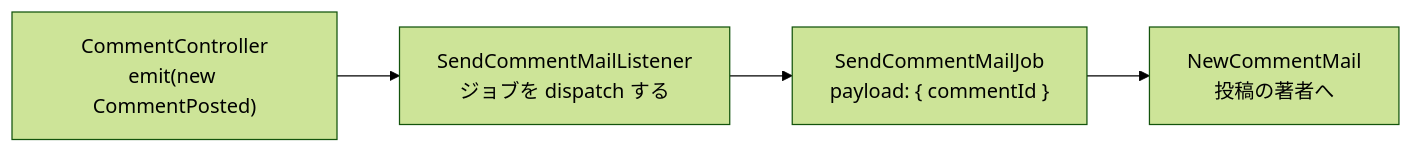
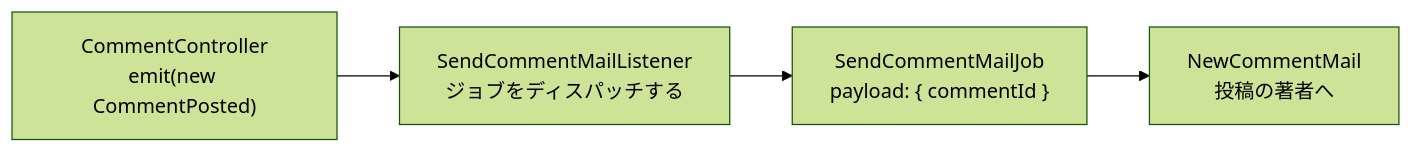
Before and after one commit to gurenjs/guren: the diagram in docs/ja/tutorials/11-events-and-mail.md, drawn with Mermaid (forest theme). The commit also changed other lines of this file and 80 other files, not shown here.

````diff
--- a/docs/ja/tutorials/11-events-and-mail.md
+++ b/docs/ja/tutorials/11-events-and-mail.md
@@ -16,8 +16,8 @@
 ```mermaid
 flowchart LR
   Controller["CommentController<br/>emit(new CommentPosted)"]
-  Listener["SendCommentMailListener<br/>ジョブを dispatch する"]
+  Listener["SendCommentMailListener<br/>ジョブをディスパッチする"]
   Job["SendCommentMailJob<br/>payload: { commentId }"]
   Mail["NewCommentMail<br/>投稿の著者へ"]
   Controller --> Listener --> Job --> Mail
 ```
````
